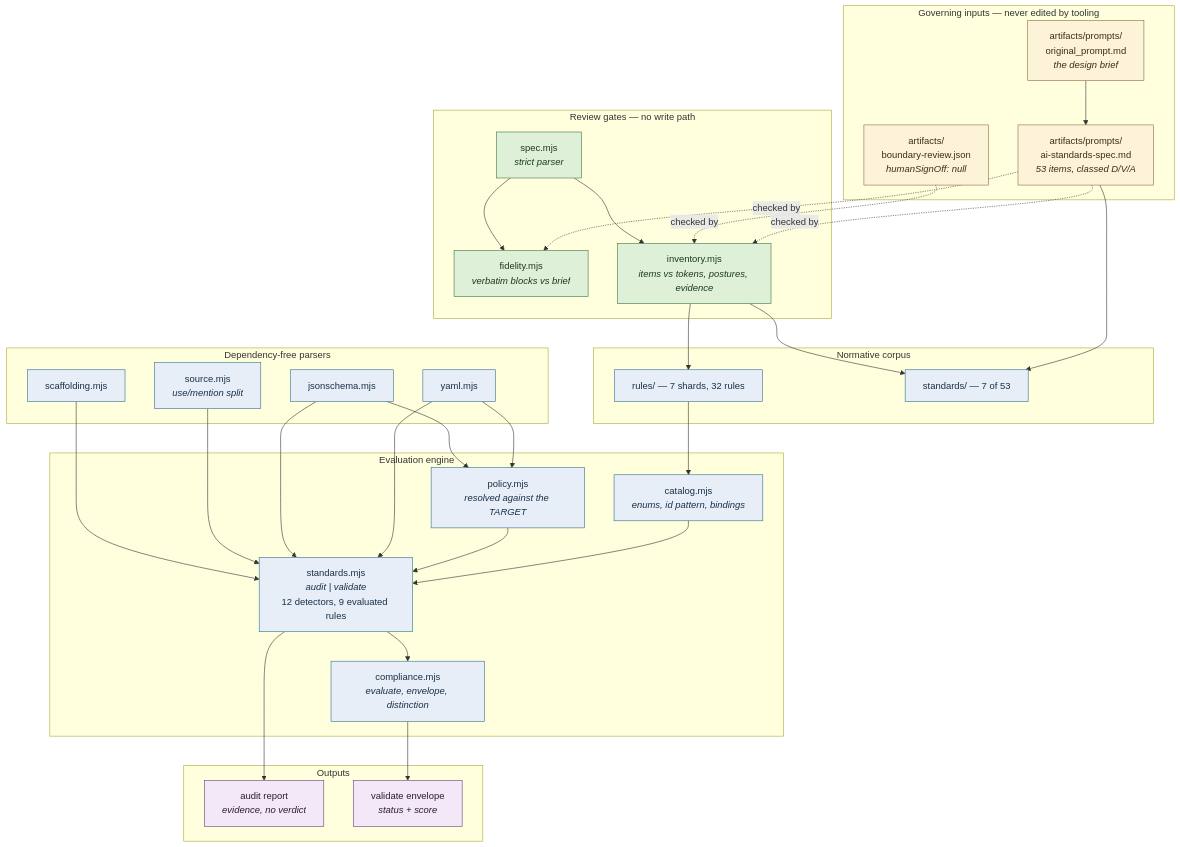
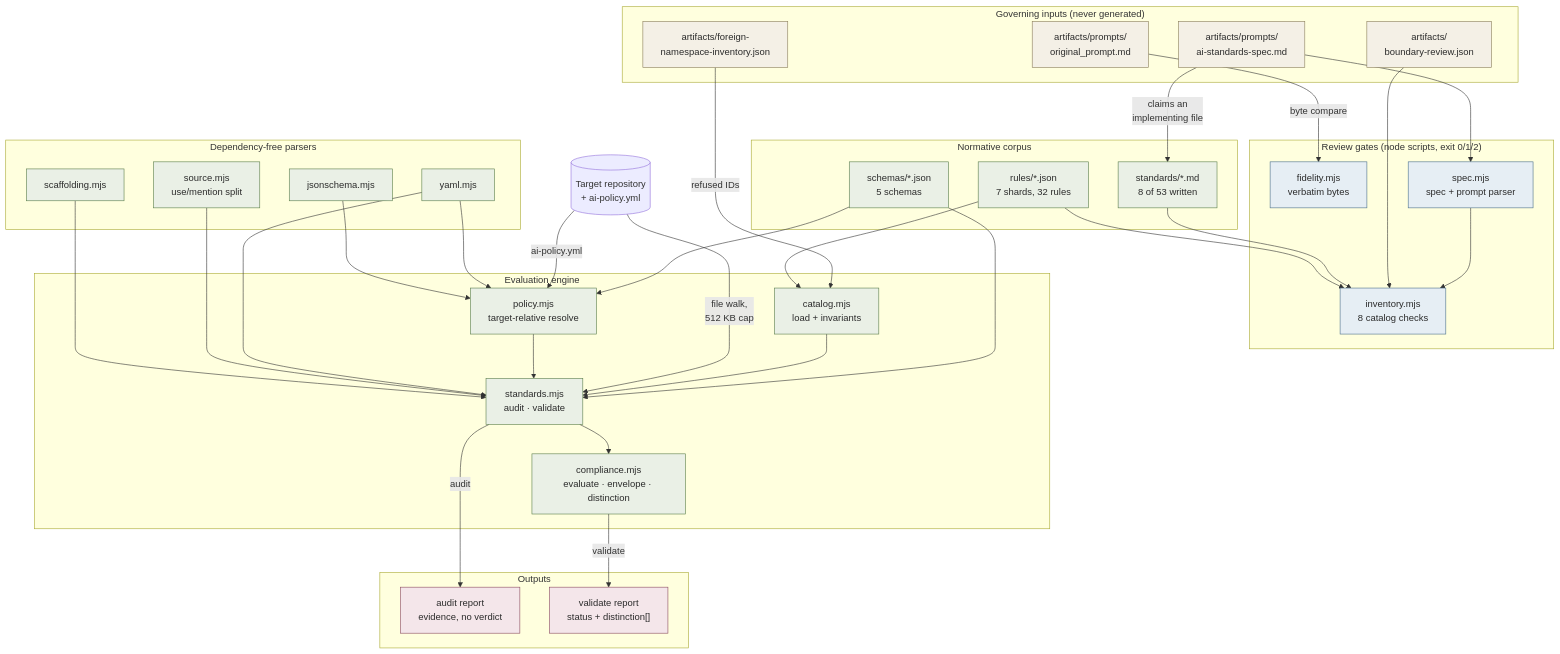
The diagram in docs/architecture.mmd (mikeycdavis/AIStandards), drawn with Mermaid before and after one commit. The commit also changed 13 other files, not shown here.

```diff
--- a/docs/architecture.mmd
+++ b/docs/architecture.mmd
@@ -1,67 +1,75 @@
 flowchart TB
-    subgraph inputs["Governing inputs — never edited by tooling"]
-        brief["artifacts/prompts/<br/>original_prompt.md<br/><i>the design brief</i>"]
-        spec["artifacts/prompts/<br/>ai-standards-spec.md<br/><i>53 items, classed D/V/A</i>"]
-        bnd["artifacts/<br/>boundary-review.json<br/><i>humanSignOff: null</i>"]
+    subgraph govern["Governing inputs (never generated)"]
+        brief["artifacts/prompts/<br/>original_prompt.md"]
+        spec["artifacts/prompts/<br/>ai-standards-spec.md"]
+        boundary["artifacts/<br/>boundary-review.json"]
+        foreign["artifacts/foreign-<br/>namespace-inventory.json"]
     end
 
-    subgraph review["Review gates — no write path"]
-        fid["fidelity.mjs<br/><i>verbatim blocks vs brief</i>"]
-        inv["inventory.mjs<br/><i>items vs tokens, postures, evidence</i>"]
-        spm["spec.mjs<br/><i>strict parser</i>"]
+    subgraph gates["Review gates (node scripts, exit 0/1/2)"]
+        fidelity["fidelity.mjs<br/>verbatim bytes"]
+        inventory["inventory.mjs<br/>8 catalog checks"]
+        specmod["spec.mjs<br/>spec + prompt parser"]
     end
 
     subgraph corpus["Normative corpus"]
-        rules["rules/ — 7 shards, 32 rules"]
-        stds["standards/ — 7 of 53"]
+        stds["standards/*.md<br/>8 of 53 written"]
+        rules["rules/*.json<br/>7 shards, 32 rules"]
+        schemas["schemas/*.json<br/>5 schemas"]
     end
 
     subgraph engine["Evaluation engine"]
-        cat["catalog.mjs<br/><i>enums, id pattern, bindings</i>"]
-        pol["policy.mjs<br/><i>resolved against the TARGET</i>"]
-        comp["compliance.mjs<br/><i>evaluate, envelope, distinction</i>"]
-        cli["standards.mjs<br/><i>audit | validate</i><br/>12 detectors, 9 evaluated rules"]
+        cli["standards.mjs<br/>audit · validate"]
+        catalog["catalog.mjs<br/>load + invariants"]
+        policy["policy.mjs<br/>target-relative resolve"]
+        compliance["compliance.mjs<br/>evaluate · envelope · distinction"]
     end
 
     subgraph parsers["Dependency-free parsers"]
         yaml["yaml.mjs"]
-        js["jsonschema.mjs"]
-        src["source.mjs<br/><i>use/mention split</i>"]
-        scaf["scaffolding.mjs"]
+        jsonschema["jsonschema.mjs"]
+        source["source.mjs<br/>use/mention split"]
+        scaffolding["scaffolding.mjs"]
     end
 
     subgraph out["Outputs"]
-        audit["audit report<br/><i>evidence, no verdict</i>"]
-        val["validate envelope<br/><i>status + score</i>"]
+        auditrep["audit report<br/>evidence, no verdict"]
+        valrep["validate report<br/>status + distinction[]"]
     end
 
-    brief --> spec
-    spec --> stds
-    spec -.->|"checked by"| fid
-    spec -.->|"checked by"| inv
-    bnd -.->|"checked by"| inv
-    spm --> fid
-    spm --> inv
-    inv --> rules
-    inv --> stds
-    rules --> cat
-    cat --> cli
-    pol --> cli
-    yaml --> pol
-    js --> pol
+    target[("Target repository<br/>+ ai-policy.yml")]
+
+    brief -->|"byte compare"| fidelity
+    spec --> specmod
+    specmod --> inventory
+    boundary --> inventory
+    spec -->|"claims an<br/>implementing file"| stds
+    stds --> inventory
+    rules --> inventory
+    foreign -->|"refused IDs"| catalog
+
+    rules --> catalog
+    schemas --> policy
+    schemas --> cli
+    catalog --> cli
+    target -->|"file walk,<br/>512 KB cap"| cli
+    target -->|"ai-policy.yml"| policy
+    policy --> cli
+    yaml --> policy
     yaml --> cli
-    js --> cli
-    src --> cli
-    scaf --> cli
-    cli --> audit
-    cli --> comp
-    comp --> val
+    jsonschema --> policy
+    source --> cli
+    scaffolding --> cli
+    cli --> compliance
+    cli -->|"audit"| auditrep
+    compliance -->|"validate"| valrep
 
-    classDef gov fill:#fdf3d8,stroke:#8a6d3b,color:#3a2f14
-    classDef gate fill:#dff0d8,stroke:#3c763d,color:#1b3a1f
-    classDef code fill:#e8eef7,stroke:#31708f,color:#173049
-    classDef result fill:#f3e8f7,stroke:#6b3f7a,color:#2e1a35
-    class brief,spec,bnd gov
-    class fid,inv,spm gate
-    class cat,pol,comp,cli,yaml,js,src,scaf,rules,stds code
-    class audit,val result
+    classDef input fill:#f4f0e6,stroke:#8a7d5a,color:#2b2b2b
+    classDef gate fill:#e6eef4,stroke:#4a6f8a,color:#2b2b2b
+    classDef code fill:#eaf0e6,stroke:#5a7d4a,color:#2b2b2b
+    classDef output fill:#f4e6ea,stroke:#8a4a5f,color:#2b2b2b
+
+    class brief,spec,boundary,foreign input
+    class fidelity,inventory,specmod gate
+    class cli,catalog,policy,compliance,yaml,jsonschema,source,scaffolding,stds,rules,schemas code
+    class auditrep,valrep output
```
